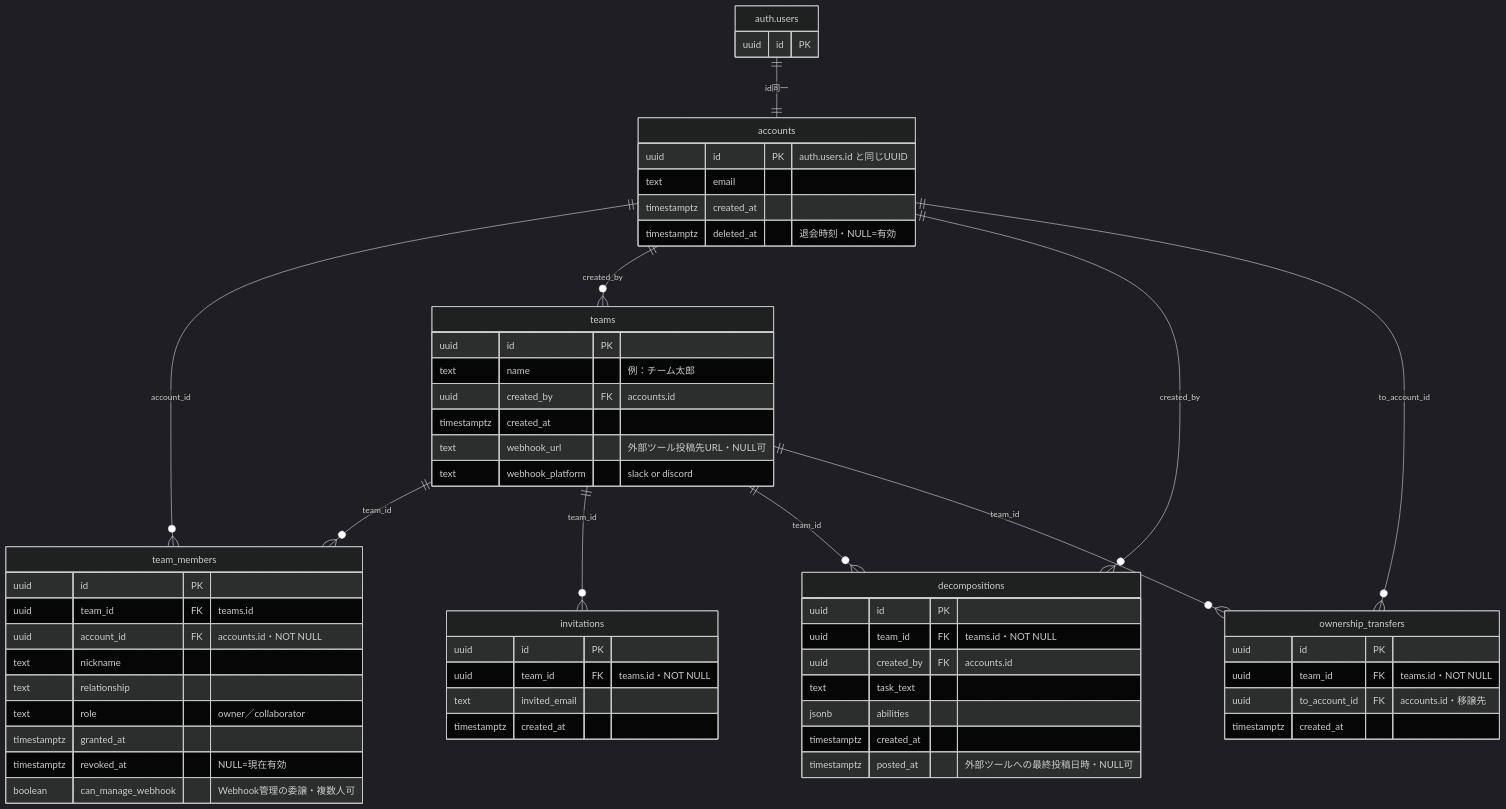
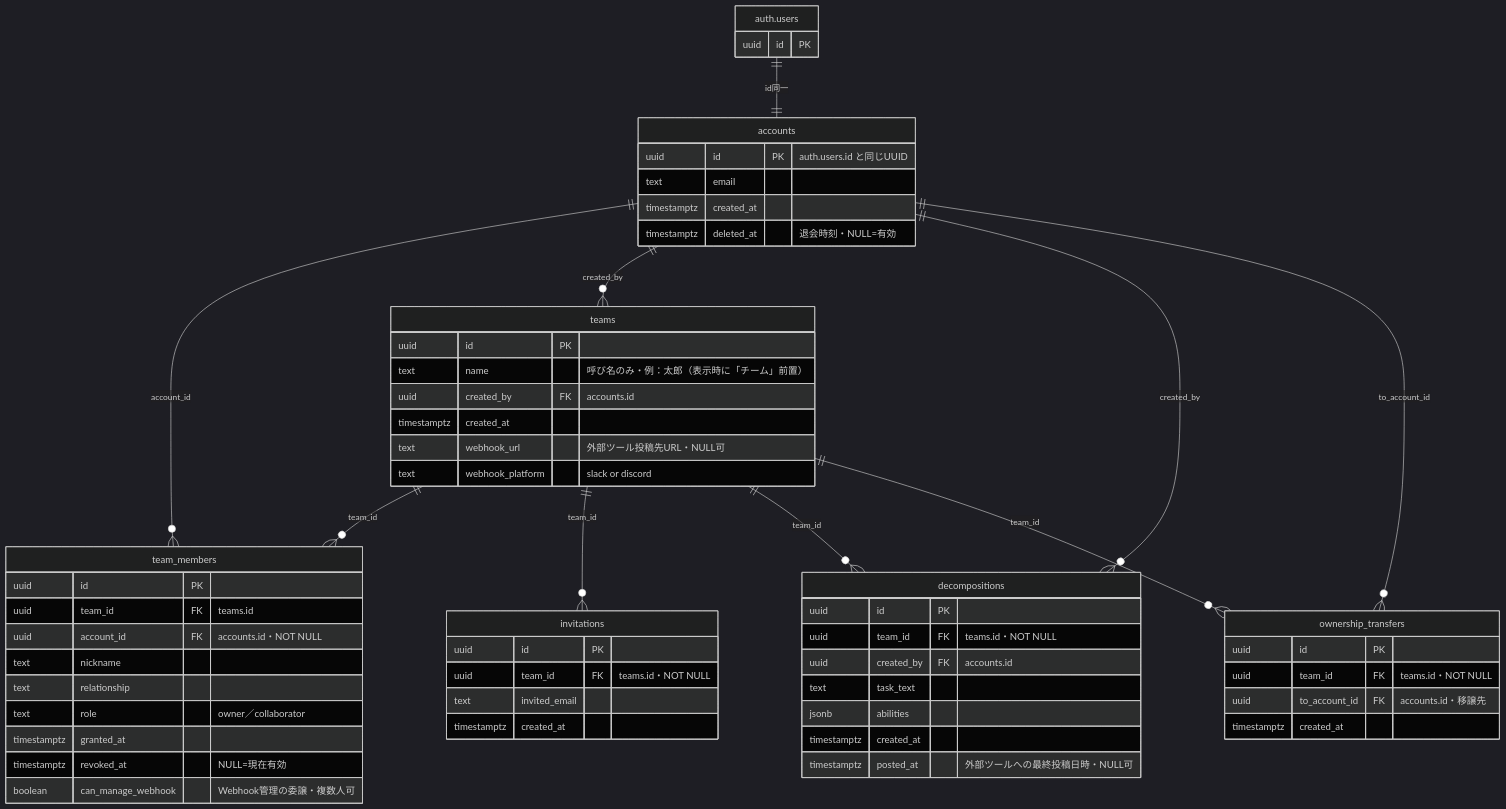
Before and after one commit to minamy-i/soreata: the diagram in docs/data_structure_diagram.md, drawn with Mermaid (dark theme). The commit also changed 8 other files, not shown here.

````diff
--- a/docs/data_structure_diagram.md
+++ b/docs/data_structure_diagram.md
@@ -7,70 +7,70 @@
 ```mermaid
 erDiagram
     auth_users["auth.users"] {
         uuid id PK
     }
 
     accounts {
         uuid id PK "auth.users.id と同じUUID"
         text email
         timestamptz created_at
         timestamptz deleted_at "退会時刻・NULL=有効"
     }
 
     teams {
         uuid id PK
-        text name "例：チーム太郎"
+        text name "呼び名のみ・例：太郎（表示時に「チーム」前置）"
         uuid created_by FK "accounts.id"
         timestamptz created_at
         text webhook_url "外部ツール投稿先URL・NULL可"
         text webhook_platform "slack or discord"
     }
 
     team_members {
         uuid id PK
         uuid team_id FK "teams.id"
         uuid account_id FK "accounts.id・NOT NULL"
         text nickname
         text relationship
         text role "owner／collaborator"
         timestamptz granted_at
         timestamptz revoked_at "NULL=現在有効"
         boolean can_manage_webhook "Webhook管理の委譲・複数人可"
     }
 
     decompositions {
         uuid id PK
         uuid team_id FK "teams.id・NOT NULL"
         uuid created_by FK "accounts.id"
         text task_text
         jsonb abilities
         timestamptz created_at
         timestamptz posted_at "外部ツールへの最終投稿日時・NULL可"
     }
 
     invitations {
         uuid id PK
         uuid team_id FK "teams.id・NOT NULL"
         text invited_email
         timestamptz created_at
     }
 
     ownership_transfers {
         uuid id PK
         uuid team_id FK "teams.id・NOT NULL"
         uuid to_account_id FK "accounts.id・移譲先"
         timestamptz created_at
     }
 
     auth_users ||--|| accounts : "id同一"
     accounts ||--o{ team_members : "account_id"
     accounts ||--o{ teams : "created_by"
     accounts ||--o{ decompositions : "created_by"
     accounts ||--o{ ownership_transfers : "to_account_id"
     teams ||--o{ team_members : "team_id"    
     teams ||--o{ invitations : "team_id"
     teams ||--o{ decompositions : "team_id"    
     teams ||--o{ ownership_transfers : "team_id"
 
 
 ```
````
